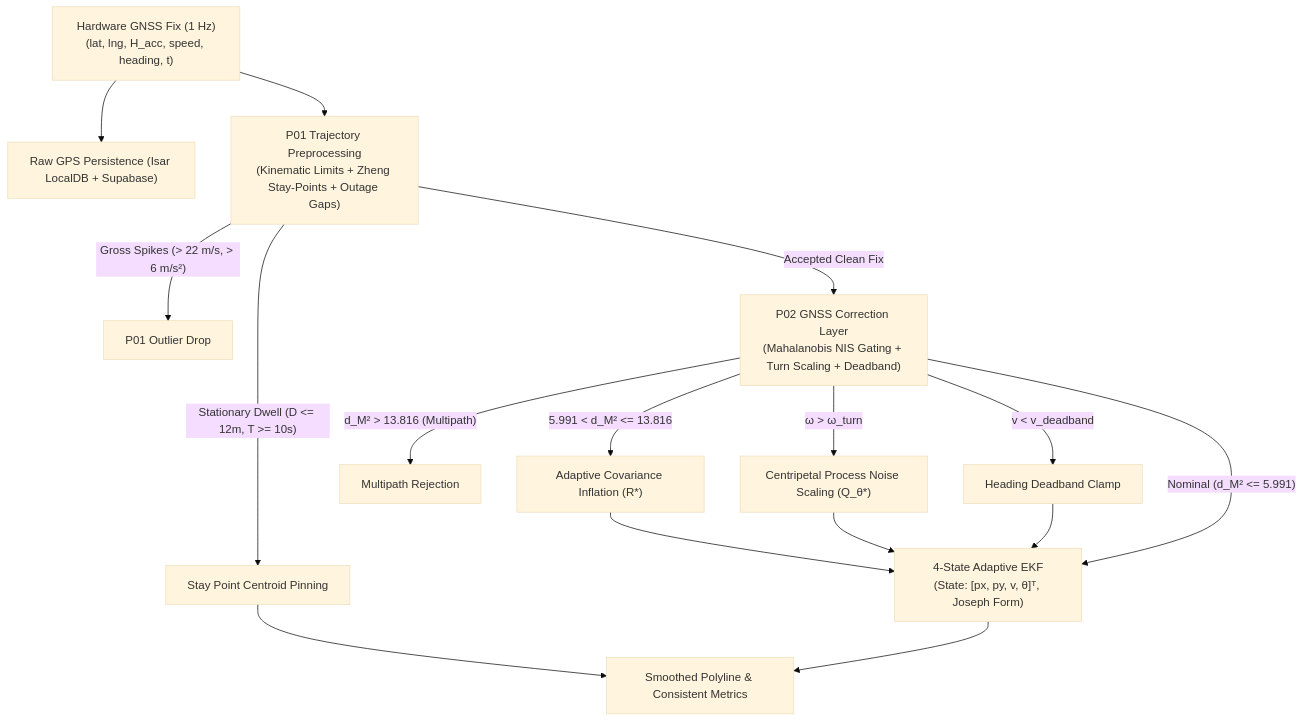
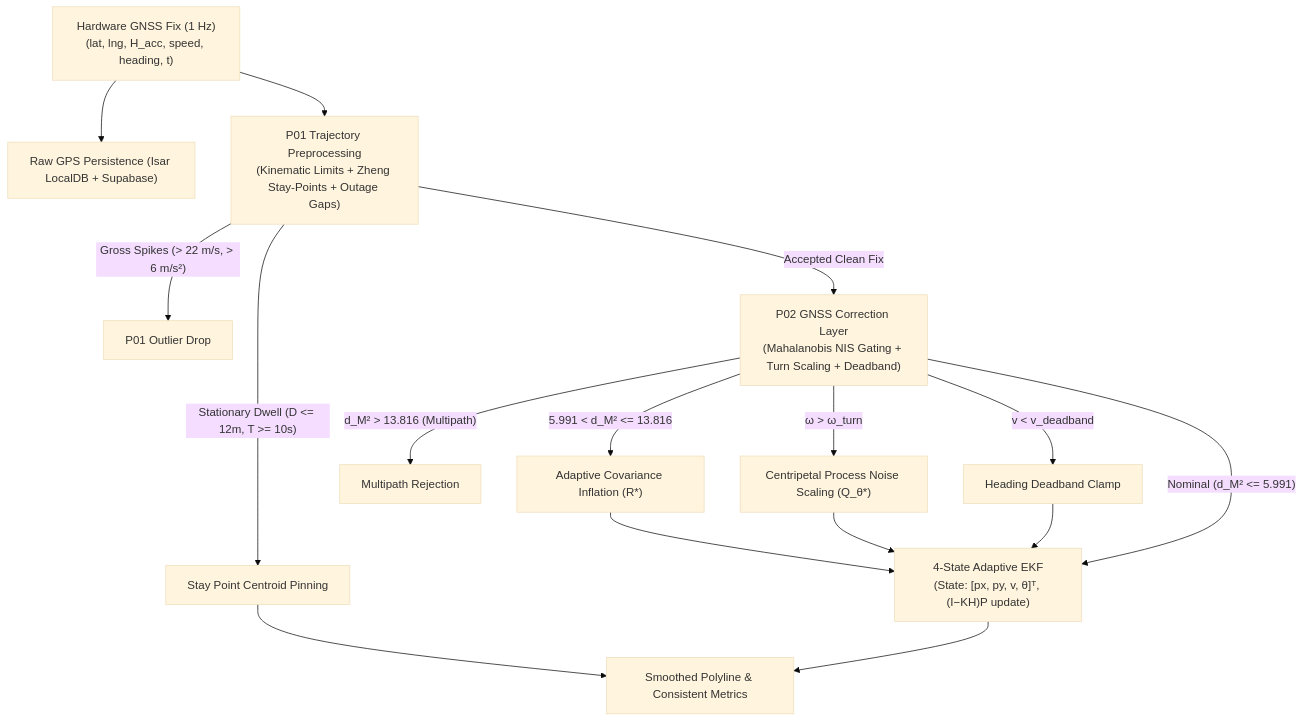
The diagram in docs/research/GNSS_CORRECTION_PHASE2_REPORT.md (DB-Ducbao113/Aetron), drawn with Mermaid (base theme) before and after one commit. The commit also changed 125 other files, not shown here.

````diff
--- a/docs/research/GNSS_CORRECTION_PHASE2_REPORT.md
+++ b/docs/research/GNSS_CORRECTION_PHASE2_REPORT.md
@@ -79,21 +79,21 @@
 ```mermaid
 flowchart TD
     RawFix["Hardware GNSS Fix (1 Hz)<br/>(lat, lng, H_acc, speed, heading, t)"] --> Persist["Raw GPS Persistence (Isar LocalDB + Supabase)"]
     RawFix --> P01["P01 Trajectory Preprocessing<br/>(Kinematic Limits + Zheng Stay-Points + Outage Gaps)"]
     
     P01 -- "Gross Spikes (> 22 m/s, > 6 m/s²)" --> RejP01["P01 Outlier Drop"]
     P01 -- "Stationary Dwell (D <= 12m, T >= 10s)" --> Stay["Stay Point Centroid Pinning"]
     P01 -- "Accepted Clean Fix" --> P02["P02 GNSS Correction Layer<br/>(Mahalanobis NIS Gating + Turn Scaling + Deadband)"]
     
     P02 -- "d_M² > 13.816 (Multipath)" --> RejP02["Multipath Rejection"]
     P02 -- "5.991 < d_M² <= 13.816" --> Inflate["Adaptive Covariance Inflation (R*)"]
     P02 -- "ω > ω_turn" --> Turn["Centripetal Process Noise Scaling (Q_θ*)"]
     P02 -- "v < v_deadband" --> Deadband["Heading Deadband Clamp"]
     
-    Inflate --> AEKF["4-State Adaptive EKF<br/>(State: [px, py, v, θ]ᵀ, Joseph Form)"]
+    Inflate --> AEKF["4-State Adaptive EKF<br/>(State: [px, py, v, θ]ᵀ, (I−KH)P update)"]
     Turn --> AEKF
     Deadband --> AEKF
     P02 -- "Nominal (d_M² <= 5.991)" --> AEKF
     Stay --> Display["Smoothed Polyline & Consistent Metrics"]
     AEKF --> Display
 ```
````
